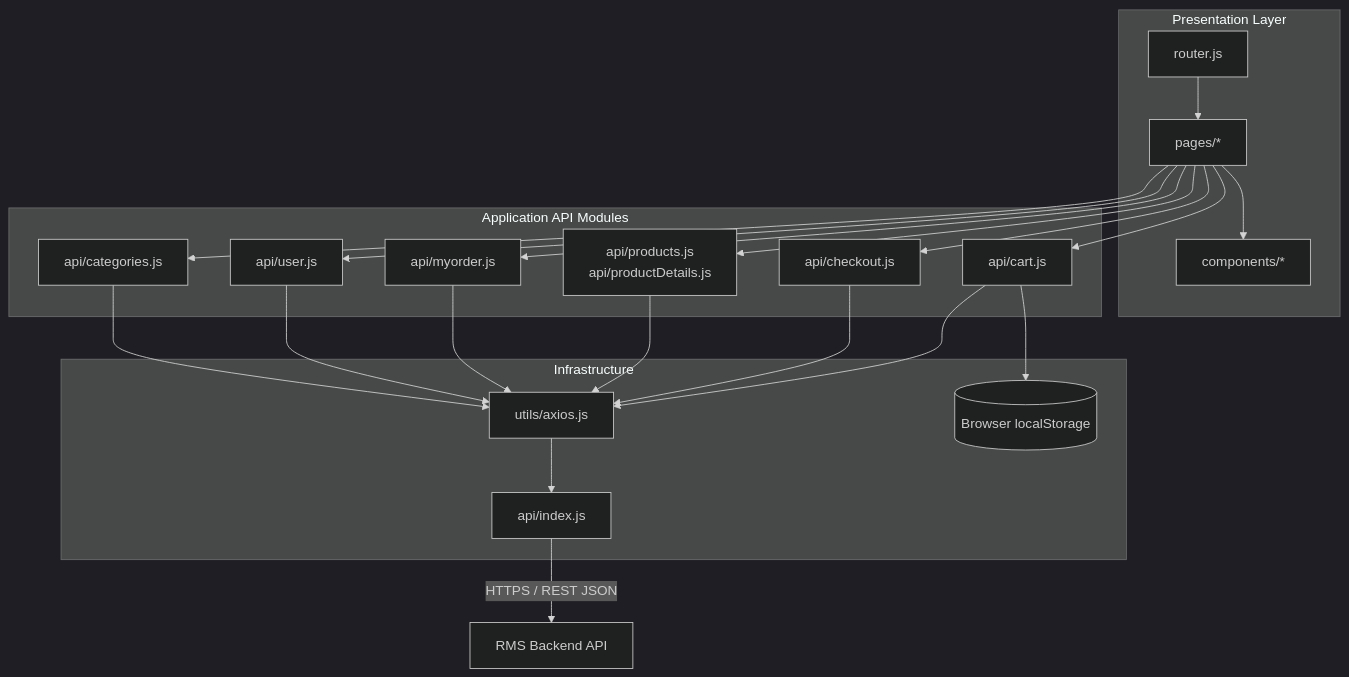
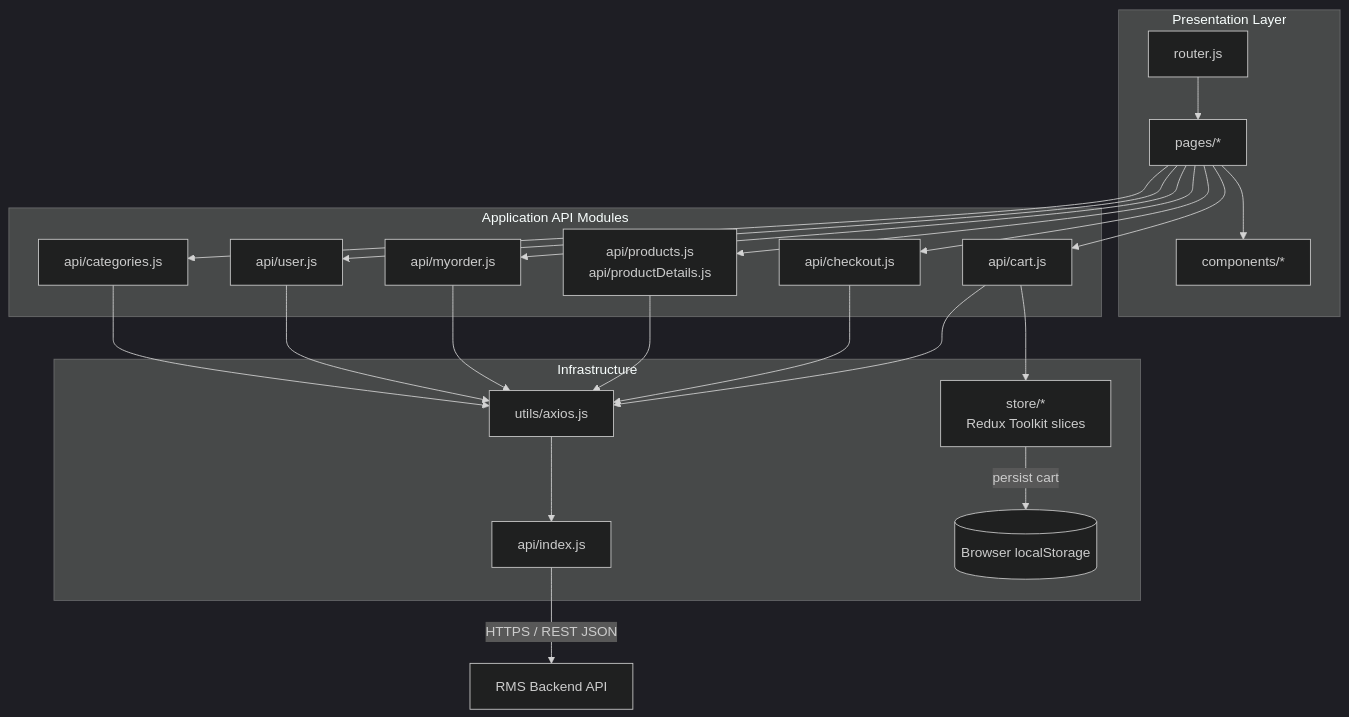
One commit to suliman-mousa/restaurant-ordering-platform changed the fourth of 14 diagrams in DIAGRAMS.md. Above: the diagram before and after it, drawn with Mermaid (dark theme). The commit also changed other lines of this file and 2 other files, not shown here.

````diff
--- a/DIAGRAMS.md
+++ b/DIAGRAMS.md
@@ -104,43 +104,45 @@
 ```mermaid
 flowchart TB
     subgraph Presentation["Presentation Layer"]
         ROUTER["router.js"]
         PAGES["pages/*"]
         COMPONENTS["components/*"]
         ROUTER --> PAGES
         PAGES --> COMPONENTS
     end
 
     subgraph Application["Application API Modules"]
         CART["api/cart.js"]
         CHECKOUT["api/checkout.js"]
         PRODUCTS["api/products.js<br/>api/productDetails.js"]
         ORDERS["api/myorder.js"]
         AUTH["api/user.js"]
         CATEGORIES["api/categories.js"]
     end
 
     subgraph Infrastructure["Infrastructure"]
         AXIOS["utils/axios.js"]
         API_INDEX["api/index.js"]
+        STORE["store/*<br/>Redux Toolkit slices"]
         STORAGE[("Browser localStorage")]
     end
 
     PAGES --> CART
     PAGES --> CHECKOUT
     PAGES --> PRODUCTS
     PAGES --> ORDERS
     PAGES --> AUTH
     PAGES --> CATEGORIES
 
-    CART --> STORAGE
+    CART --> STORE
+    STORE -->|"persist cart"| STORAGE
     CART --> AXIOS
     CHECKOUT --> AXIOS
     PRODUCTS --> AXIOS
     ORDERS --> AXIOS
     AUTH --> AXIOS
     CATEGORIES --> AXIOS
 
     AXIOS --> API_INDEX
     API_INDEX -->|"HTTPS / REST JSON"| BACKEND["RMS Backend API"]
 ```
````
